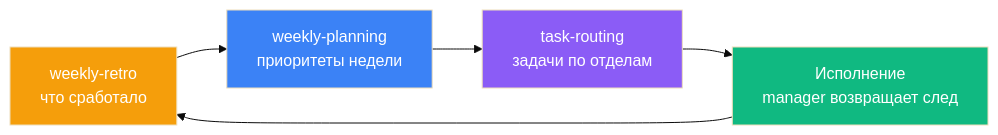
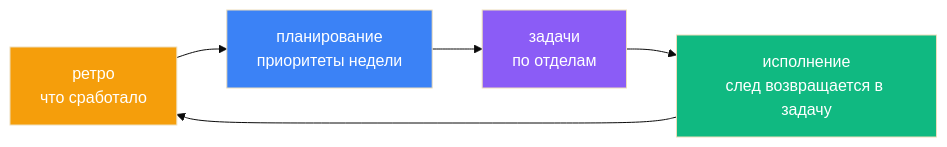
Before and after one commit to dan4201952-hue/personal-corp-os: the second of 3 diagrams in README.ru.md, drawn with Mermaid (base theme). The commit also changed other lines of this file and 20 other files, not shown here.

````diff
--- a/README.ru.md
+++ b/README.ru.md
@@ -53,11 +68,11 @@
 ```mermaid
 graph LR
-    R["weekly-retro<br/>что сработало"] --> P["weekly-planning<br/>приоритеты недели"]
-    P --> T["task-routing<br/>задачи по отделам"]
-    T --> E["Исполнение<br/>manager возвращает след"]
+    R["ретро<br/>что сработало"] --> P["планирование<br/>приоритеты недели"]
+    P --> T["задачи<br/>по отделам"]
+    T --> E["исполнение<br/>след возвращается в задачу"]
     E --> R
     style R fill:#f59e0b,color:#fff
     style P fill:#3b82f6,color:#fff
     style T fill:#8b5cf6,color:#fff
     style E fill:#10b981,color:#fff
 ```
````
